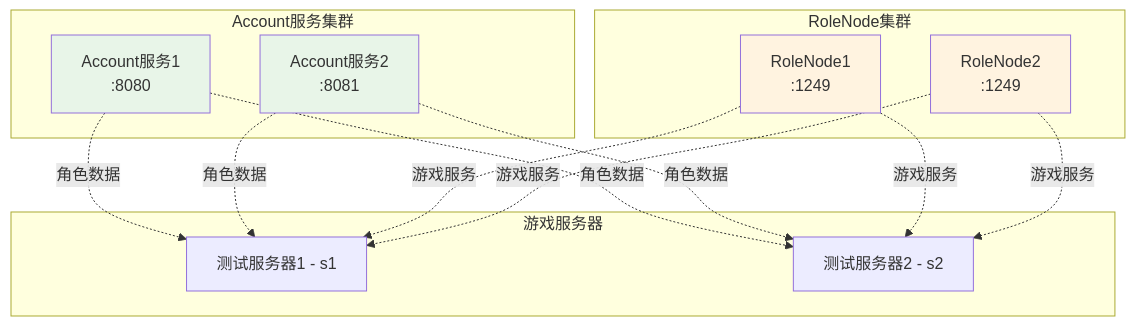
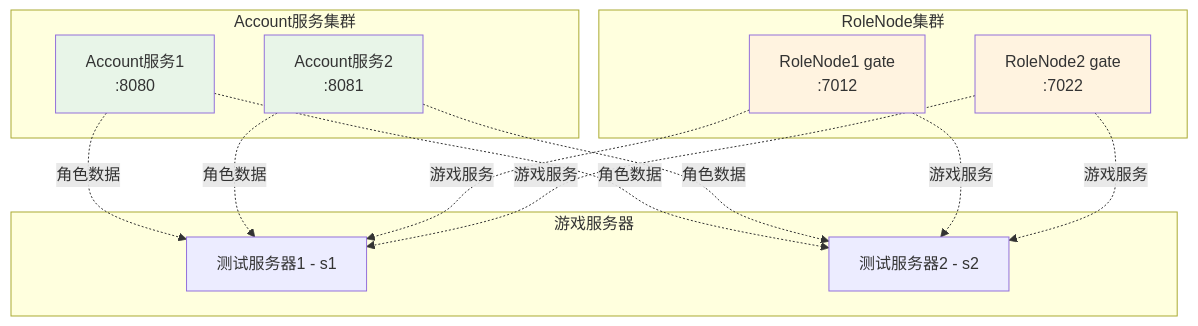
The fourth of 6 diagrams in docs/guide/login_diagram.md (hanxi/skyext), drawn with Mermaid before and after one commit. The commit also changed other lines of this file and 13 other files, not shown here.

````diff
--- a/docs/guide/login_diagram.md
+++ b/docs/guide/login_diagram.md
@@ -126,32 +128,32 @@
 ```mermaid
 graph TB
     subgraph "Account服务集群"
         Account1[Account服务1<br/>:8080]
         Account2[Account服务2<br/>:8081]
     end
 
     subgraph "RoleNode集群"
-        RoleNode1[RoleNode1<br/>:1249]
-        RoleNode2[RoleNode2<br/>:1249]
+        RoleNode1[RoleNode1 gate<br/>:7012]
+        RoleNode2[RoleNode2 gate<br/>:7022]
     end
 
     subgraph "游戏服务器"
         S1[测试服务器1 - s1]
         S2[测试服务器2 - s2]
     end
 
     Account1 -.->|角色数据| S1
     Account1 -.->|角色数据| S2
     Account2 -.->|角色数据| S1
     Account2 -.->|角色数据| S2
 
     RoleNode1 -.->|游戏服务| S1
     RoleNode1 -.->|游戏服务| S2
     RoleNode2 -.->|游戏服务| S1
     RoleNode2 -.->|游戏服务| S2
 
     style Account1 fill:#e8f5e8
     style Account2 fill:#e8f5e8
     style RoleNode1 fill:#fff3e0
     style RoleNode2 fill:#fff3e0
 ```
````
